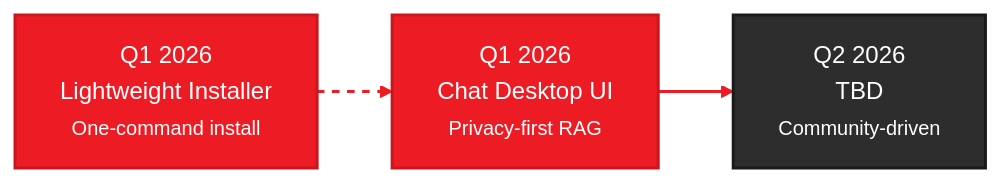
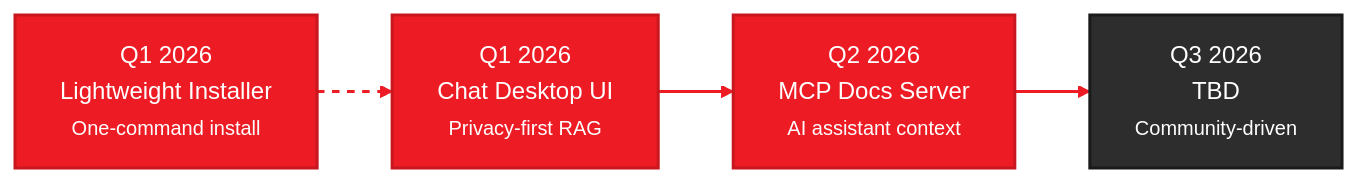
Before and after one commit to amd/gaia: the diagram in docs/roadmap.mdx, drawn with Mermaid. The commit also changed other lines of this file and 2 other files, not shown here.

Commit message:
mcp server roadmap

````diff
--- a/docs/roadmap.mdx
+++ b/docs/roadmap.mdx
@@ -28,17 +28,21 @@
 ```mermaid
 %%{init: {'theme':'base', 'themeVariables': { 'primaryColor':'#ED1C24', 'primaryTextColor':'#fff', 'primaryBorderColor':'#C8171E', 'lineColor':'#F4484D', 'secondaryColor':'#2d2d2d', 'tertiaryColor':'#f5f5f5', 'fontSize':'16px', 'fontFamily': 'system-ui, -apple-system, sans-serif'}}}%%
 graph LR
     Q1["Q1 2026<br/>Lightweight Installer<br/><small>One-command install</small>"]
     Q1B["Q1 2026<br/>Chat Desktop UI<br/><small>Privacy-first RAG</small>"]
-    Q2["Q2 2026<br/>TBD<br/><small>Community-driven</small>"]
+    Q2["Q2 2026<br/>MCP Docs Server<br/><small>AI assistant context</small>"]
+    Q3["Q3 2026<br/>TBD<br/><small>Community-driven</small>"]
 
     Q1 -.-> Q1B
     Q1B --> Q2
+    Q2 --> Q3
 
     style Q1 fill:#ED1C24,stroke:#C8171E,stroke-width:2px,color:#fff
     style Q1B fill:#ED1C24,stroke:#C8171E,stroke-width:2px,color:#fff
-    style Q2 fill:#2d2d2d,stroke:#1a1a1a,stroke-width:2px,color:#fff
+    style Q2 fill:#ED1C24,stroke:#C8171E,stroke-width:2px,color:#fff
+    style Q3 fill:#2d2d2d,stroke:#1a1a1a,stroke-width:2px,color:#fff
 
     linkStyle 0 stroke:#ED1C24,stroke-width:2px,stroke-dasharray: 5 5
     linkStyle 1 stroke:#ED1C24,stroke-width:2px
+    linkStyle 2 stroke:#ED1C24,stroke-width:2px
 ```
````
